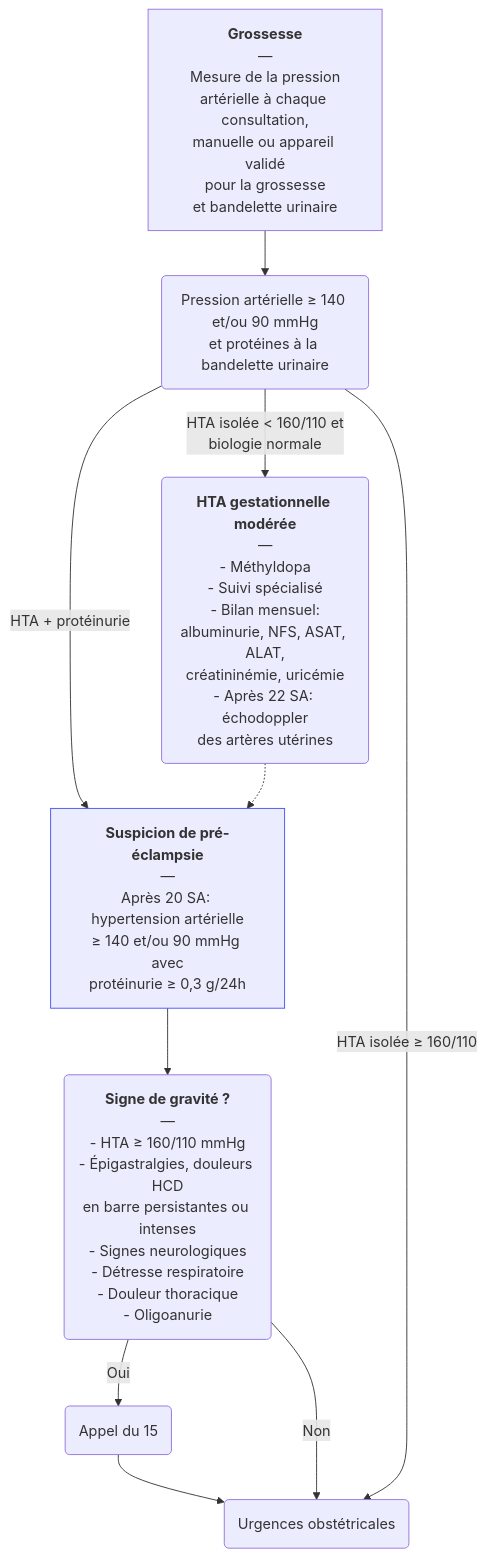
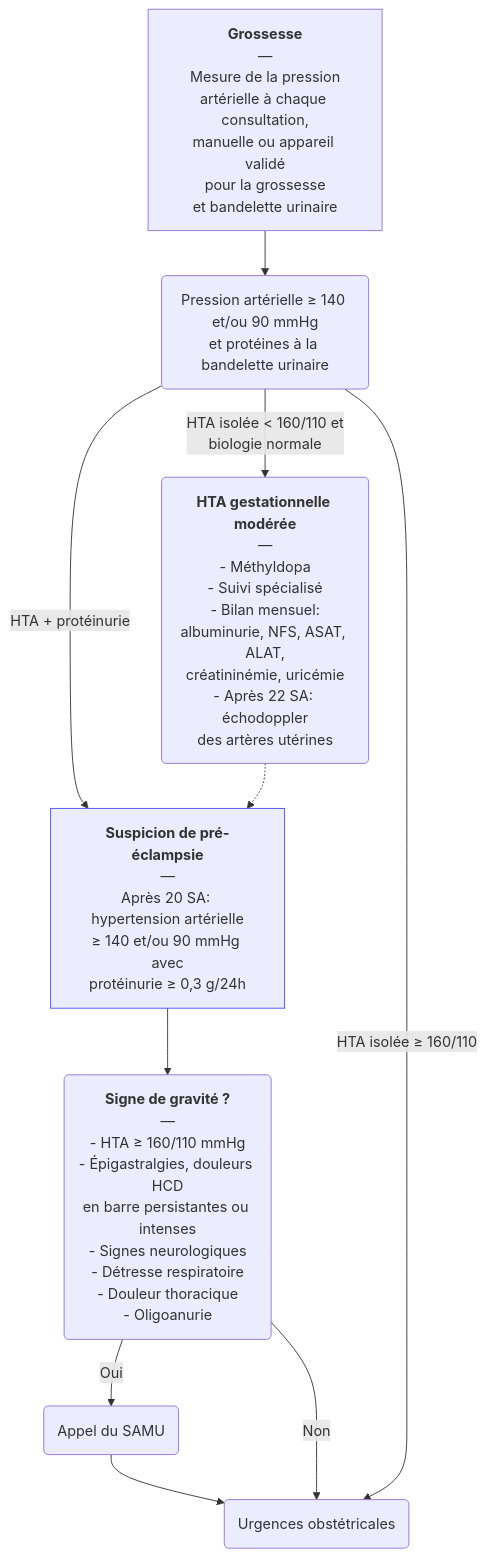
Before and after one commit to djibe/recommandations-medicales: the diagram in content/recommandations/pre-eclampsie.md, drawn with Mermaid. The commit also changed 35 other files, not shown here.

```diff
--- a/content/recommandations/pre-eclampsie.md
+++ b/content/recommandations/pre-eclampsie.md
@@ -224,8 +224,8 @@
 {{< mermaid title="Prise en charge de la pré-éclampsie par le médecin généraliste. Dr JB Fron d'après CNGOF et SFAR" >}}
 graph TB
-  suspicion["<b>Grossesse</b><br>—<br>Mesure de la pression<br>artérielle à chaque consultation,<br>manuelle ou appareil validé<br>pour la grossesse<br>et bandelette urinaire"] --> cabinet("Pression artérielle ≥ 140 et/ou 90 mmHg<br>et protéines à la bandelette urinaire") -- HTA + protéinurie --> prééclampsie["<b>Suspicion de pré-éclampsie</b><br>—<br>Après 20 SA: hypertension artérielle<br>≥ 140 et/ou 90 mmHg avec<br>protéinurie ≥ 0,3 g/24h"] --> gravité("<b>Signe de gravité ?</b><br>—<br>- HTA ≥ 160/110 mmHg<br>- Épigastralgies, douleurs HCD<br>en barre persistantes ou intenses<br>- Signes neurologiques<br>- Détresse respiratoire<br>- Douleur thoracique<br>- Oligoanurie") -- Oui --> SAMU(Appel du 15) --> urgences(Urgences obstétricales)
+  suspicion["<b>Grossesse</b><br>—<br>Mesure de la pression<br>artérielle à chaque consultation,<br>manuelle ou appareil validé<br>pour la grossesse<br>et bandelette urinaire"] --> cabinet("Pression artérielle ≥ 140 et/ou 90 mmHg<br>et protéines à la bandelette urinaire") -- HTA + protéinurie --> prééclampsie["<b>Suspicion de pré-éclampsie</b><br>—<br>Après 20 SA: hypertension artérielle<br>≥ 140 et/ou 90 mmHg avec<br>protéinurie ≥ 0,3 g/24h"] --> gravité("<b>Signe de gravité ?</b><br>—<br>- HTA ≥ 160/110 mmHg<br>- Épigastralgies, douleurs HCD<br>en barre persistantes ou intenses<br>- Signes neurologiques<br>- Détresse respiratoire<br>- Douleur thoracique<br>- Oligoanurie") -- Oui --> SAMU(Appel du SAMU) --> urgences(Urgences obstétricales)
     gravité -- Non --> urgences
       cabinet -- "HTA isolée ≥ 160/110" --> urgences
       cabinet -- "HTA isolée &lt; 160/110 et<br>biologie normale" --> HTA("<b>HTA gestationnelle modérée</b><br>—<br>- Méthyldopa<br>- Suivi spécialisé<br>- Bilan mensuel:<br>albuminurie, NFS, ASAT, ALAT,<br>créatininémie, uricémie<br>- Après 22 SA: échodoppler<br>des artères utérines") -.-> prééclampsie
   style prééclampsie stroke:#4150f5, stroke-width:1px
 {{< /mermaid >}}
```
